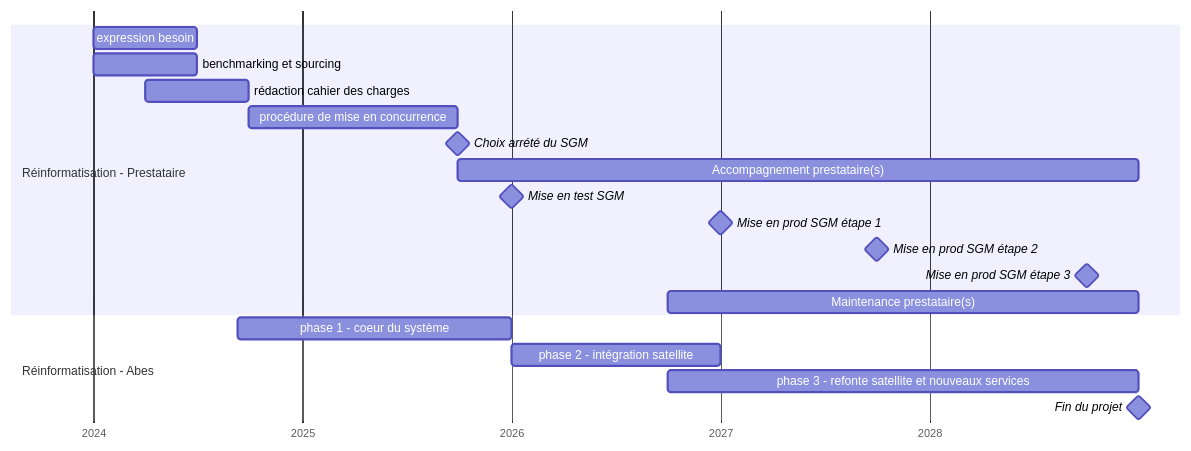
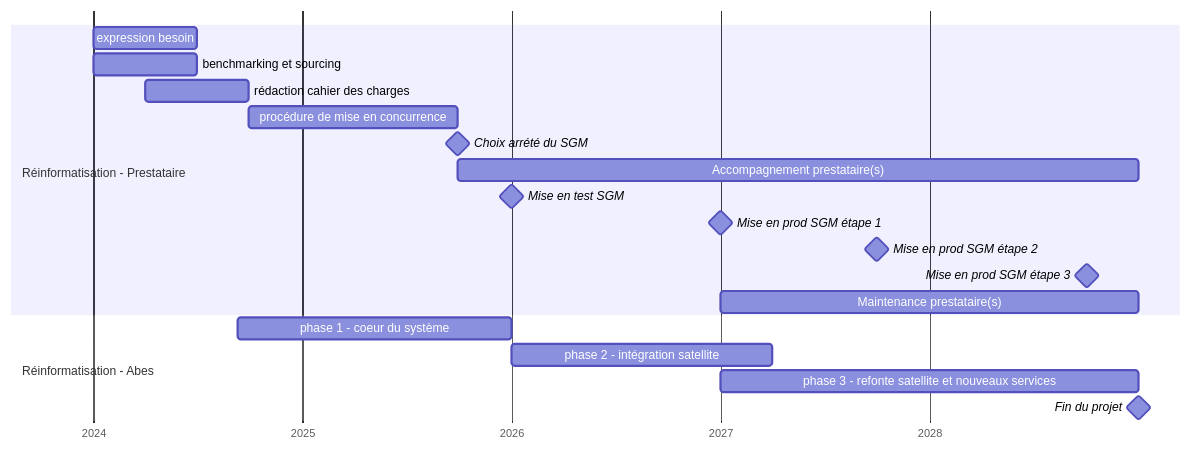
One commit to abes-esr/projet2024 changed the first of 6 diagrams in docs/projet2024-calendrier.md. Above: the diagram before and after it, drawn with Mermaid. The commit also changed 2 other files, not shown here.

Commit message:
fix: contenu calendrier

````diff
--- a/docs/projet2024-calendrier.md
+++ b/docs/projet2024-calendrier.md
@@ -11,26 +11,26 @@
 ```mermaid
 gantt
     tickInterval  6month
     axisFormat %Y
     dateFormat YYYY-MM-DD
 
     section Réinformatisation - Prestataire
       expression besoin         :rp1,2024-01-01,180d
       benchmarking et sourcing  :rp2,2024-01-01,180d
       rédaction cahier des charges        :rp3,2024-04-01,180d
       procédure de mise en concurrence :rp4,after rp3,1y
       Choix arrété du SGM        :milestone,m1,after rp4, 0d
       Accompagnement prestataire(s) :rp5,after rp4,2028-12-31
       Mise en test SGM           :milestone,m2,2026-01-01,0d
       Mise en prod SGM étape 1 :milestone,m3,2027-01-01,0d
       Mise en prod SGM étape 2 :milestone,m4,2027-10-01,0d
       Mise en prod SGM étape 3 :milestone,m5,2028-10-01,0d
-      Maintenance prestataire(s)    :rp6,2026-10-01,2028-12-31
+      Maintenance prestataire(s)    :rp6,2027-01-01,2028-12-31
     
     section Réinformatisation - Abes
       phase 1 - coeur du système             :ra1,2024-09-09,2026-01-01
-      phase 2 - intégration satellite        :ra2,2026-01-01,2026-12-31
-      phase 3 - refonte satellite et nouveaux services :ra3,2026-10-01,2028-12-31
+      phase 2 - intégration satellite        :ra2,2026-01-01,2027-03-31
+      phase 3 - refonte satellite et nouveaux services :ra3,2027-01-01,2028-12-31
 
     Fin du projet           :milestone,2028-12-31,0d
 ```
````
